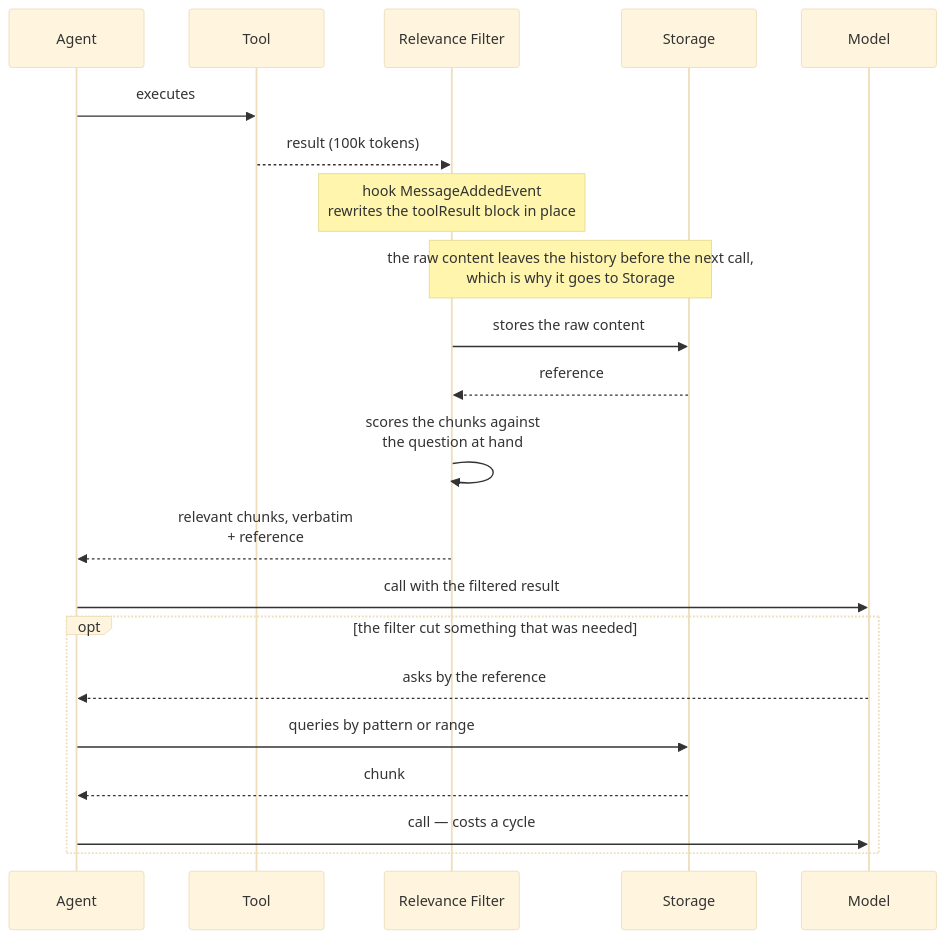
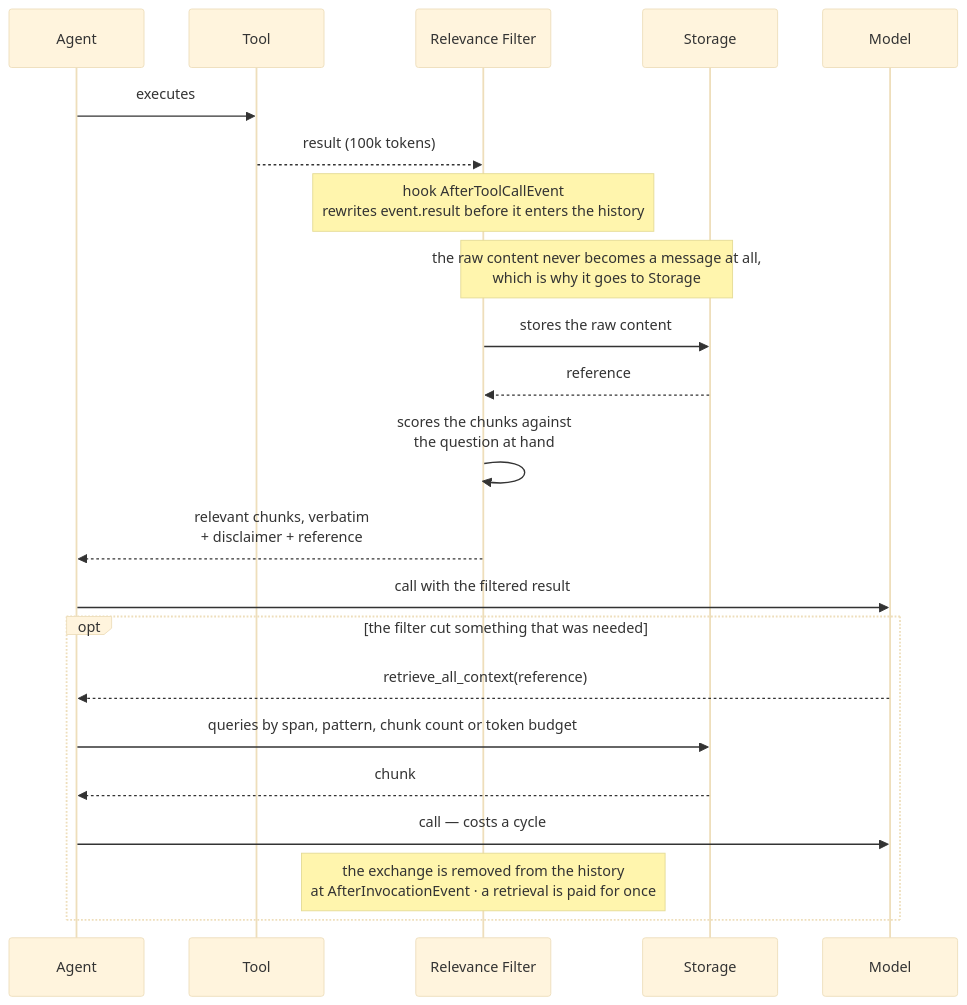
One commit to aws-samples/sample-context-engineering changed the first of 3 diagrams in docs/design/design.md. Above: the diagram before and after it, drawn with Mermaid (base theme). The commit also changed other lines of this file and 11 other files, not shown here.

First line of the commit message:
docs: bring design, sequence and how-to docs to the current code

````diff
--- a/docs/design/design.md
+++ b/docs/design/design.md
@@ -355,28 +363,29 @@
 ```mermaid
 sequenceDiagram
     participant AG as Agent
     participant T as Tool
     participant A as Relevance Filter
     participant S as Storage
     participant M as Model
 
     AG->>T: executes
     T-->>A: result (100k tokens)
 
-    Note over A: hook MessageAddedEvent<br/>rewrites the toolResult block in place
-    Note over A,S: the raw content leaves the history before the next call,<br/>which is why it goes to Storage
+    Note over A: hook AfterToolCallEvent<br/>rewrites event.result before it enters the history
+    Note over A,S: the raw content never becomes a message at all,<br/>which is why it goes to Storage
 
     A->>S: stores the raw content
     S-->>A: reference
     A->>A: scores the chunks against<br/>the question at hand
-    A-->>AG: relevant chunks, verbatim<br/>+ reference
+    A-->>AG: relevant chunks, verbatim<br/>+ disclaimer + reference
 
     AG->>M: call with the filtered result
 
     opt the filter cut something that was needed
-        M-->>AG: asks by the reference
-        AG->>S: queries by pattern or range
+        M-->>AG: retrieve_all_context(reference)
+        AG->>S: queries by span, pattern, chunk count or token budget
         S-->>AG: chunk
         AG->>M: call — costs a cycle
+        Note over A: the exchange is removed from the history<br/>at AfterInvocationEvent · a retrieval is paid for once
     end
 ```
````
